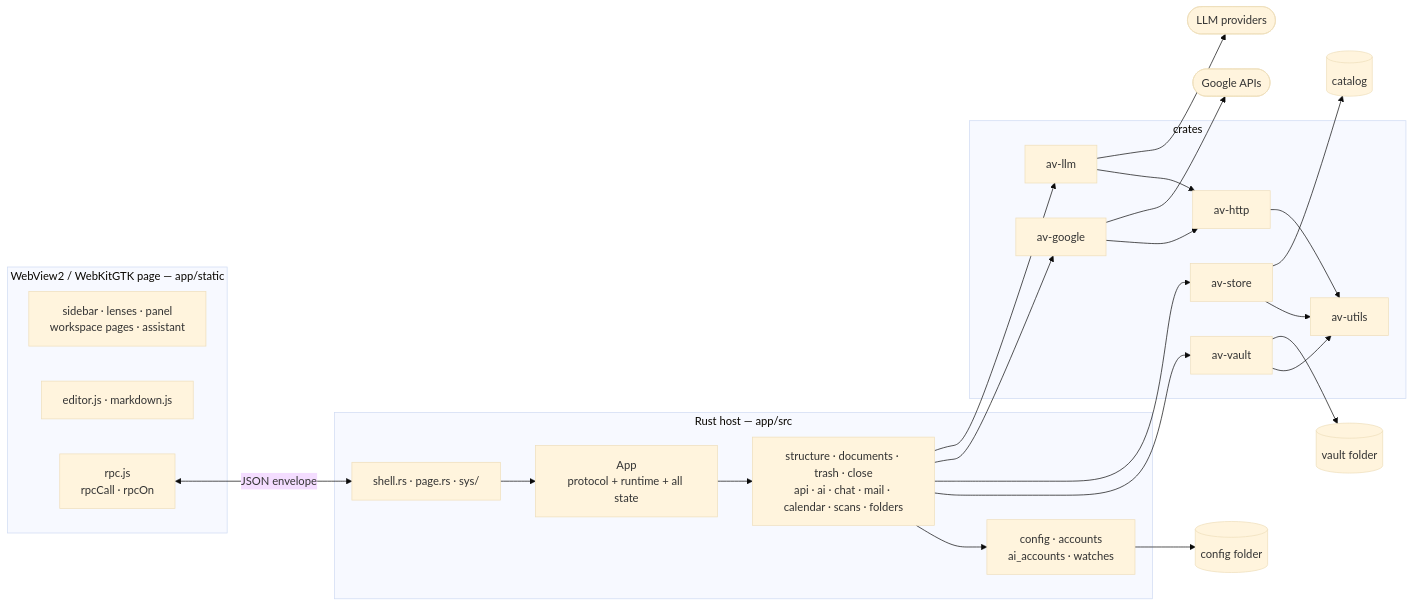
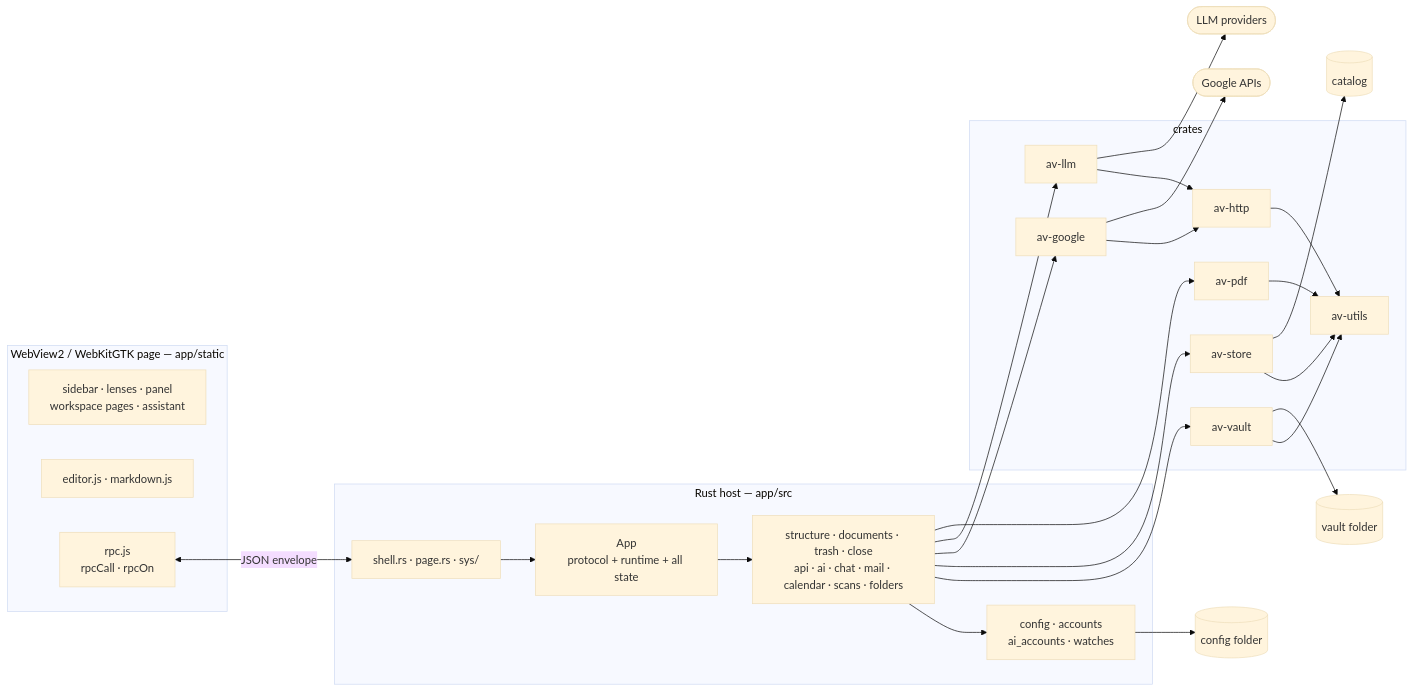
Before and after one commit to steschu77/avelor: the first of 3 diagrams in docs/architecture.md, drawn with Mermaid (base theme). The commit also changed other lines of this file and 24 other files, not shown here.

````diff
--- a/docs/architecture.md
+++ b/docs/architecture.md
@@ -126,39 +126,42 @@
 ```mermaid
 flowchart LR
     subgraph page["WebView2 / WebKitGTK page — app/static"]
         ui["sidebar · lenses · panel<br/>workspace pages · assistant"]
         ed["editor.js · markdown.js"]
         br["rpc.js<br/>rpcCall · rpcOn"]
     end
     subgraph host["Rust host — app/src"]
         win["shell.rs · page.rs · sys/"]
         ses["App<br/>protocol + runtime + all state"]
         feat["structure · documents · trash · close<br/>api · ai · chat · mail · calendar · scans · folders"]
         cfg["config · accounts<br/>ai_accounts · watches"]
     end
     subgraph crates["crates"]
         vault["av-vault"]
         store["av-store"]
         google["av-google"]
         llm["av-llm"]
+        pdf["av-pdf"]
         http["av-http"]
         utils["av-utils"]
     end
     br <-- "JSON envelope" --> win
     win --> ses --> feat
     feat --> cfg
     feat --> vault
     feat --> store
     feat --> google
     feat --> llm
+    feat --> pdf
     google --> http
     llm --> http
     vault --> utils
     store --> utils
+    pdf --> utils
     http --> utils
     vault --> files[("vault folder")]
     store --> catalog[("catalog")]
     cfg --> conf[("config folder")]
     google --> gapi(["Google APIs"])
     llm --> lapi(["LLM providers"])
 ```
````
